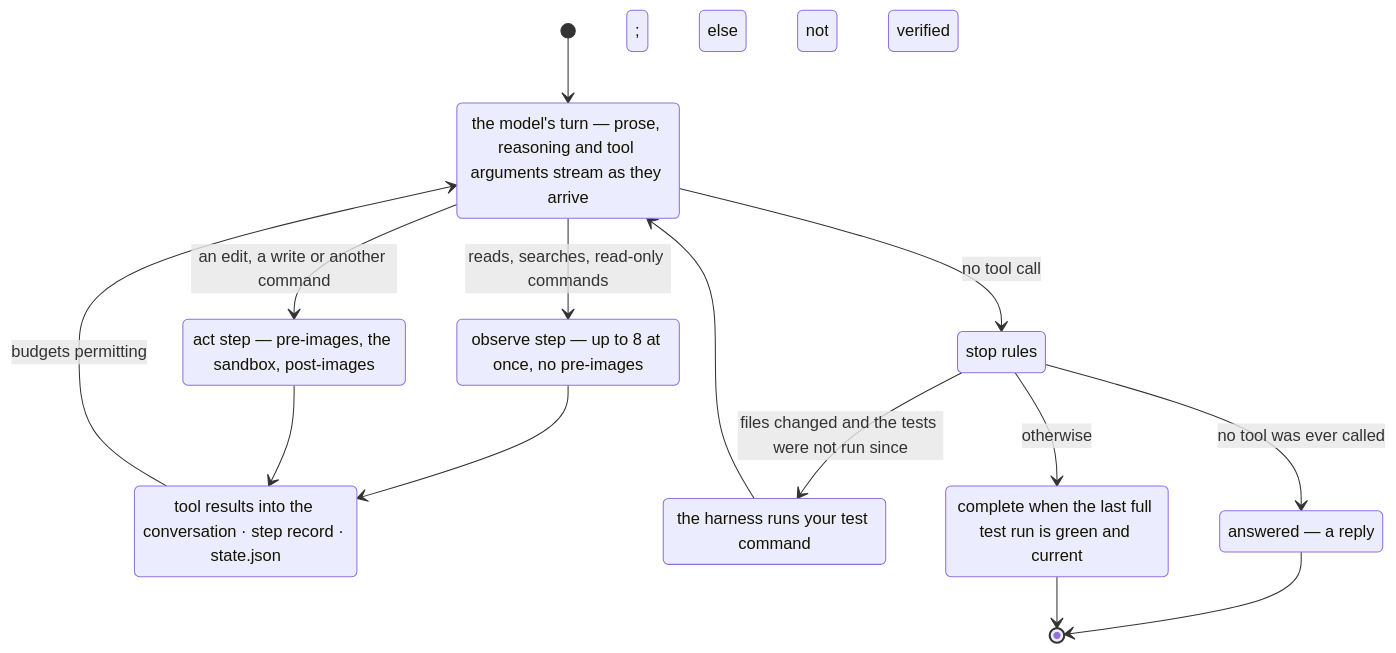
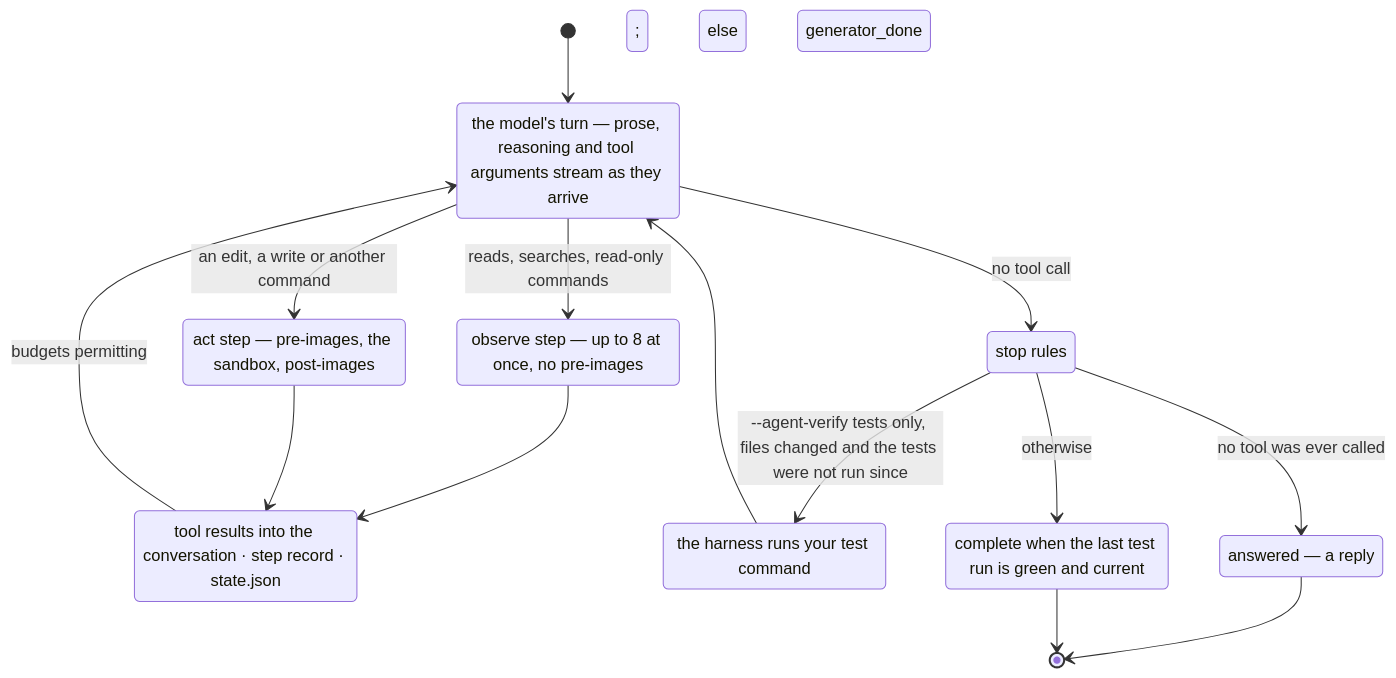
The second of 2 diagrams in docs/getting-started/first-run.md (coasty-ai/JevCode), drawn with Mermaid before and after one commit. The commit also changed other lines of this file and 10 other files, not shown here.

````diff
--- a/docs/getting-started/first-run.md
+++ b/docs/getting-started/first-run.md
@@ -126,25 +126,25 @@
 ```mermaid
 stateDiagram-v2
     direction TB
     [*] --> Turn
     Turn: the model's turn — prose, reasoning and tool arguments stream as they arrive
     Turn --> Reads: reads, searches, read-only commands
     Turn --> Act: an edit, a write or another command
     Turn --> Stop: no tool call
     Reads: observe step — up to 8 at once, no pre-images
     Act: act step — pre-images, the sandbox, post-images
     Reads --> Checkpoint
     Act --> Checkpoint
     Checkpoint: tool results into the conversation · step record · state.json
     Checkpoint --> Turn: budgets permitting
     Stop: stop rules
-    Stop --> Verify: files changed and the tests were not run since
+    Stop --> Verify: --agent-verify tests only, files changed and the tests were not run since
     Verify: the harness runs your test command
     Verify --> Turn
     Stop --> Answered: no tool was ever called
     Stop --> Finished: otherwise
     Answered: answered — a reply
-    Finished: complete when the last full test run is green and current; else not verified
+    Finished: complete when the last test run is green and current; else generator_done
     Answered --> [*]
     Finished --> [*]
 ```
````
